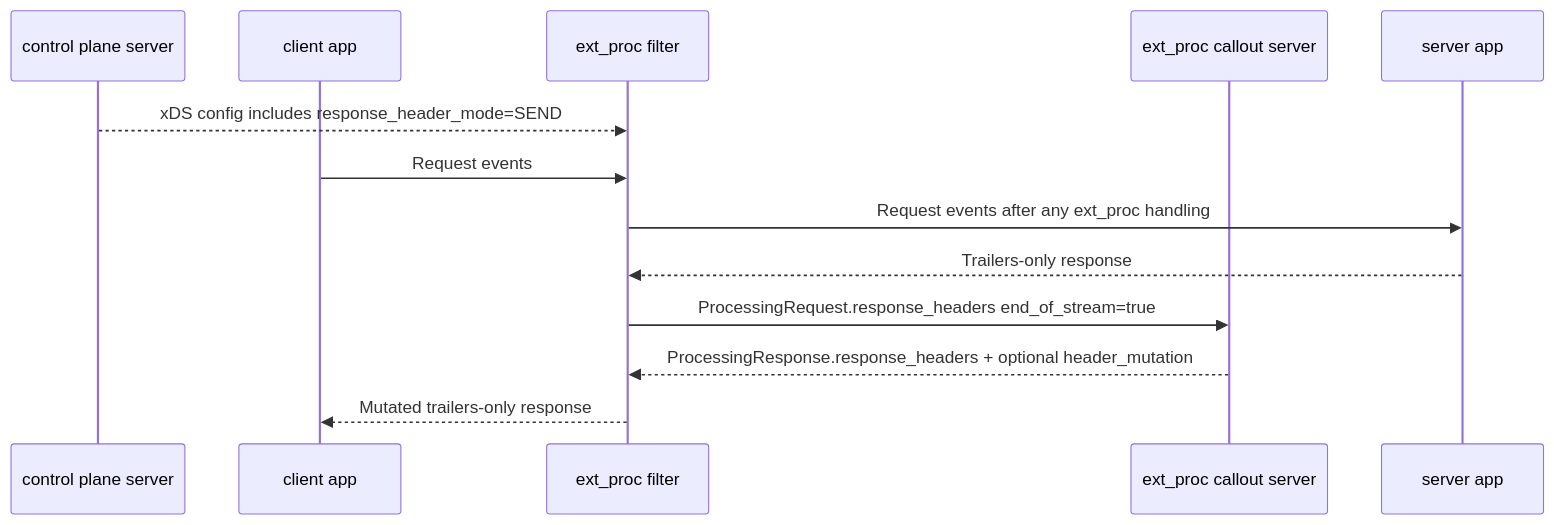
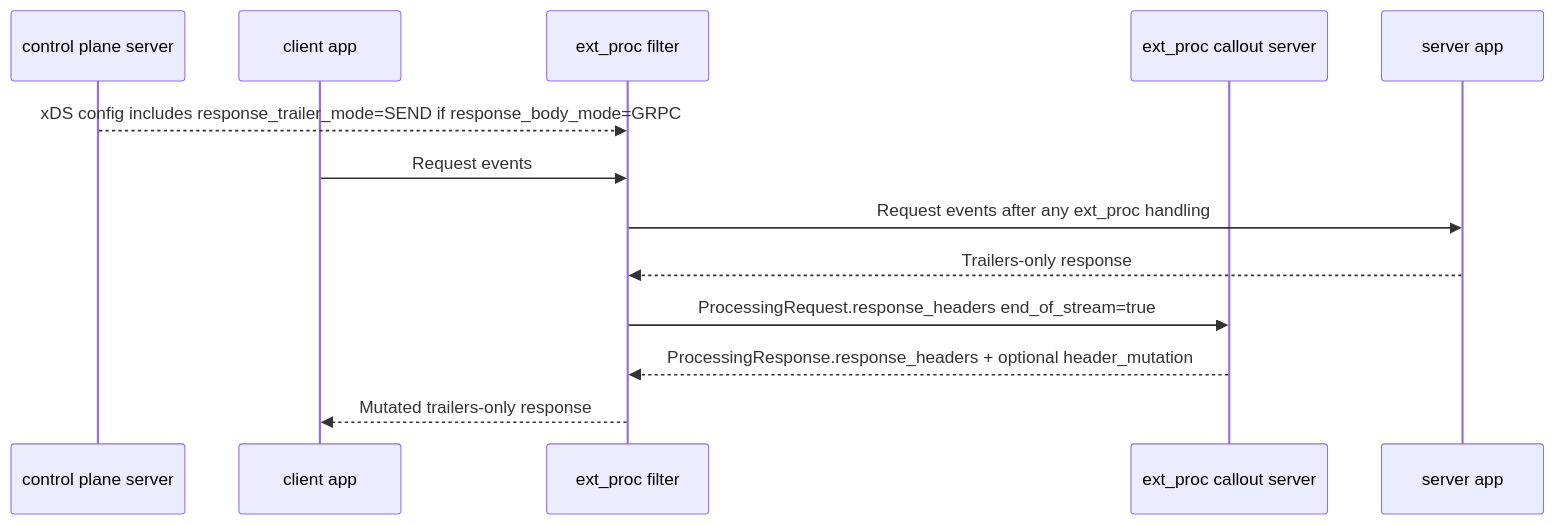
Before and after one commit to ran-su/ext_proc_spec: the sixth of 16 diagrams in a93_ext_proc_data_flows.md, drawn with Mermaid. The commit also changed other lines of this file and 3 other files, not shown here.

Commit message:
Clarify ext_proc failure-mode and header-routing rules

````diff
--- a/a93_ext_proc_data_flows.md
+++ b/a93_ext_proc_data_flows.md
@@ -222,16 +222,16 @@
 ```mermaid
 sequenceDiagram
     participant CP as control plane server
     participant Client as client app
     participant Filter as ext_proc filter
     participant EP as ext_proc callout server
     participant Server as server app
 
-    CP-->>Filter: xDS config includes response_header_mode=SEND
+    CP-->>Filter: xDS config includes response_trailer_mode=SEND if response_body_mode=GRPC
     Client->>Filter: Request events
     Filter->>Server: Request events after any ext_proc handling
     Server-->>Filter: Trailers-only response
     Filter->>EP: ProcessingRequest.response_headers end_of_stream=true
     EP-->>Filter: ProcessingResponse.response_headers + optional header_mutation
     Filter-->>Client: Mutated trailers-only response
 ```
````
